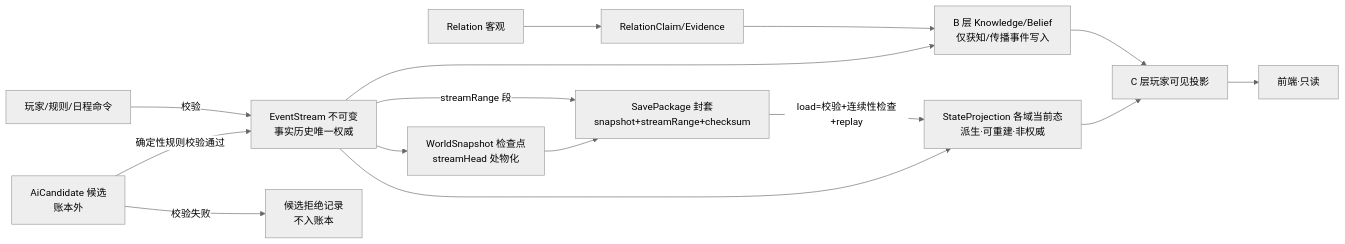
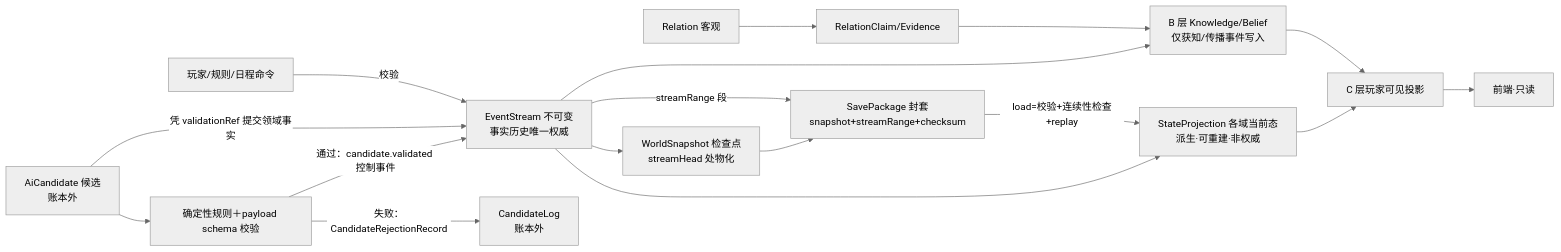
The first of 3 diagrams in Guanyuan-review/design/正式世界领域模型与边界契约草案-v0.1.md (suzhiyi90-max/Guanyuan), drawn with Mermaid (neutral theme) before and after one commit. The commit also changed other lines of this file, not shown here.

Commit message:
docs(design): preserve rejected candidate off-ledger boundary

````diff
--- a/Guanyuan-review/design/正式世界领域模型与边界契约草案-v0.1.md
+++ b/Guanyuan-review/design/正式世界领域模型与边界契约草案-v0.1.md
@@ -239,17 +239,19 @@
 ```mermaid
 flowchart LR
-  AI[AiCandidate 候选<br/>账本外] -->|确定性规则校验通过| LEDGER[EventStream 不可变<br/>事实历史唯一权威]
-  AI -->|校验失败| REJ[候选拒绝记录<br/>不入账本]
+  AI[AiCandidate 候选<br/>账本外] --> VALIDATOR[确定性规则＋payload schema 校验]
+  VALIDATOR -->|通过：candidate.validated 控制事件| LEDGER[EventStream 不可变<br/>事实历史唯一权威]
+  VALIDATOR -->|失败：CandidateRejectionRecord| REJ[CandidateLog<br/>账本外]
+  AI -->|凭 validationRef 提交领域事实| LEDGER
   CMD[玩家/规则/日程命令] -->|校验| LEDGER
   LEDGER --> STATE[StateProjection 各域当前态<br/>派生·可重建·非权威]
   LEDGER --> KNOW[B 层 Knowledge/Belief<br/>仅获知/传播事件写入]
   LEDGER --> SNAP[WorldSnapshot 检查点<br/>streamHead 处物化]
   SNAP --> PKG[SavePackage 封套<br/>snapshot+streamRange+checksum]
   LEDGER -->|streamRange 段| PKG
   PKG -->|load=校验+连续性检查+replay| STATE
   STATE --> CPROJ[C 层玩家可见投影]
   KNOW --> CPROJ
   CPROJ --> UI[前端·只读]
   REL[Relation 客观] --> CLAIM[RelationClaim/Evidence]
   CLAIM --> KNOW
 ```
````
